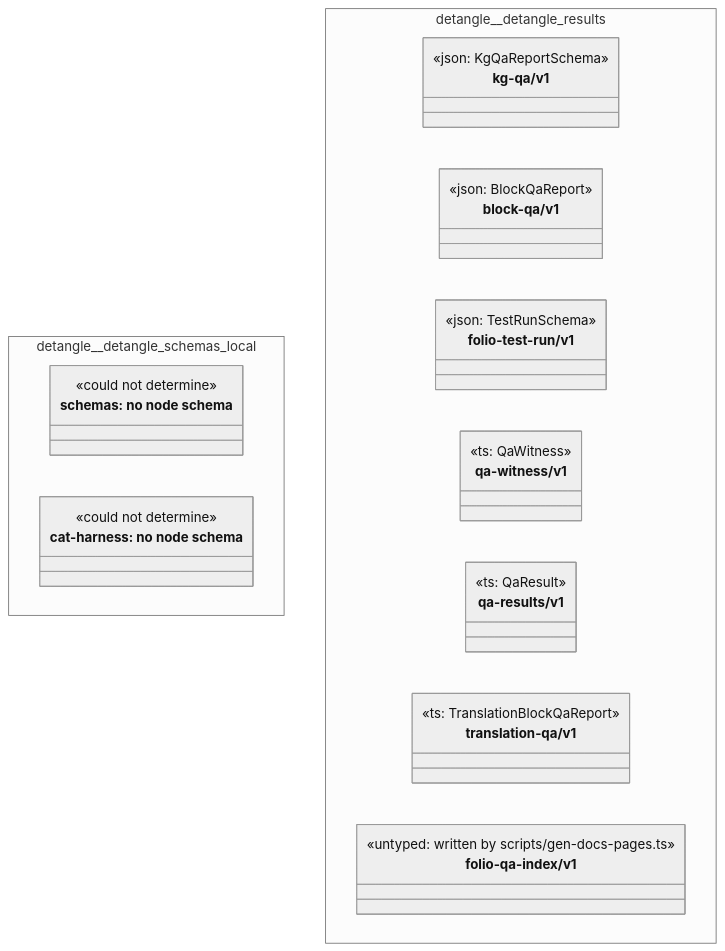
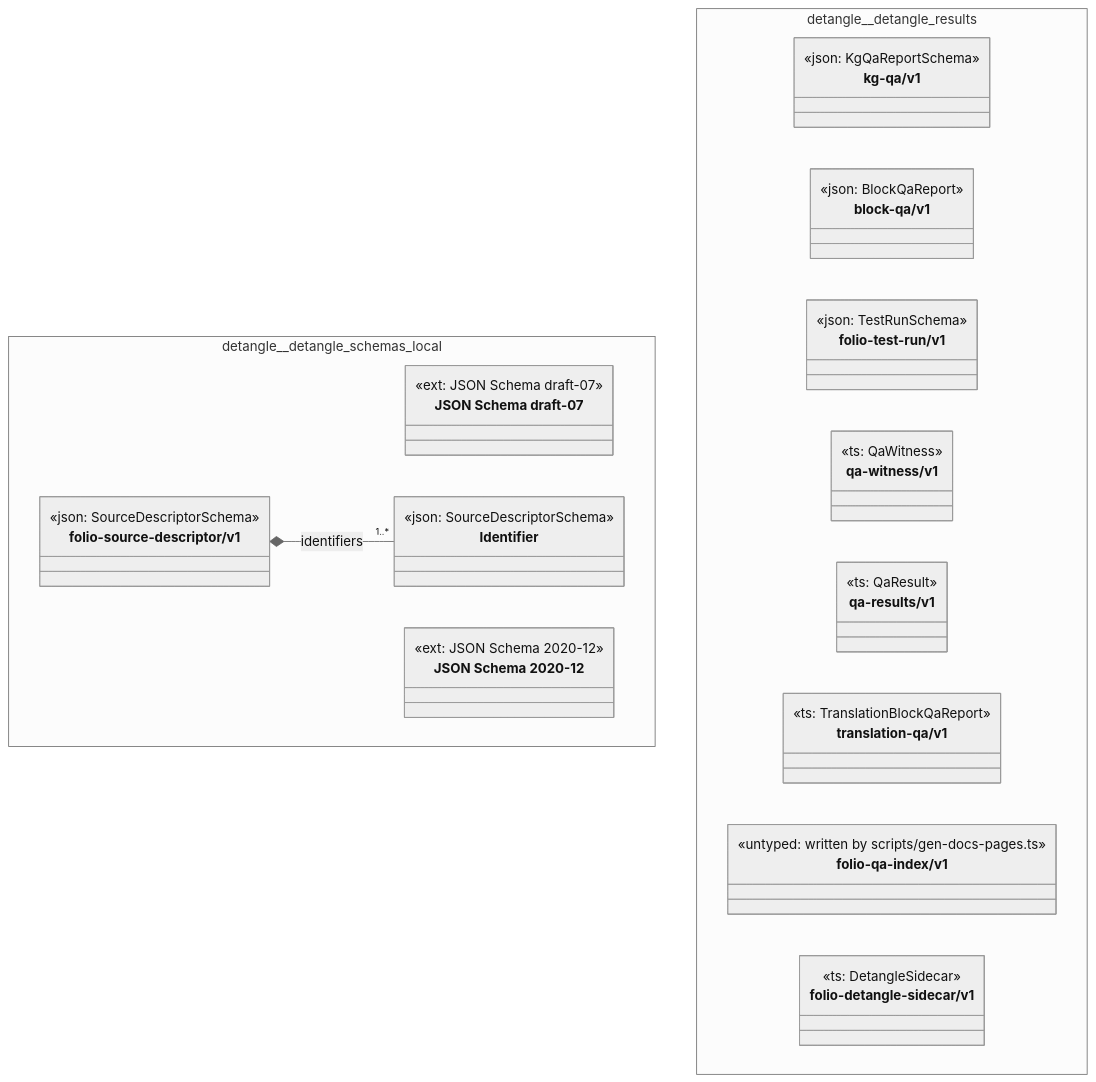
One commit to litlfred/folio-assistant changed the diagram in cat-harness/docs/uml/overview/detangle.md. Above: the diagram before and after it, drawn with Mermaid (neutral theme). The commit also changed other lines of this file and 220 other files, not shown here.

First line of the commit message:
quda: register node schemas for the graph kinds that had none

````diff
--- a/cat-harness/docs/uml/overview/detangle.md
+++ b/cat-harness/docs/uml/overview/detangle.md
@@ -12,46 +12,57 @@
 ```mermaid
 classDiagram
   direction TB
   namespace detangle__detangle_schemas_local {
-    class n_detangle_detangle_schemas_local_schemas["schemas: no node schema"] {
-      <<could not determine>>
+    class detangle_detangle_schemas_local_http___json_schema_org_draft_07_schema_["JSON Schema draft-07"] {
+      <<ext: JSON Schema draft-07>>
     }
-    class n_detangle_detangle_schemas_local_cat_harness["cat-harness: no node schema"] {
-      <<could not determine>>
+    class detangle_detangle_schemas_local_https___json_schema_org_draft_2020_12_schema["JSON Schema 2020-12"] {
+      <<ext: JSON Schema 2020-12>>
+    }
+    class detangle_detangle_schemas_local_folio_source_descriptor_v1_Identifier["Identifier"] {
+      <<json: SourceDescriptorSchema>>
+    }
+    class detangle_detangle_schemas_local_folio_source_descriptor_v1_folio_source_descriptor_v1["folio-source-descriptor/v1"] {
+      <<json: SourceDescriptorSchema>>
     }
   }
   namespace detangle__detangle_results {
     class detangle_detangle_results_kg_qa_v1_kg_qa_v1["kg-qa/v1"] {
       <<json: KgQaReportSchema>>
     }
     class detangle_detangle_results_block_qa_v1_block_qa_v1["block-qa/v1"] {
       <<json: BlockQaReport>>
     }
     class detangle_detangle_results_folio_test_run_v1_folio_test_run_v1["folio-test-run/v1"] {
       <<json: TestRunSchema>>
     }
     class detangle_detangle_results_qa_witness_v1["qa-witness/v1"] {
       <<ts: QaWitness>>
     }
     class detangle_detangle_results_qa_results_v1["qa-results/v1"] {
       <<ts: QaResult>>
     }
     class detangle_detangle_results_translation_qa_v1["translation-qa/v1"] {
       <<ts: TranslationBlockQaReport>>
     }
     class detangle_detangle_results_folio_qa_index_v1["folio-qa-index/v1"] {
       <<untyped: written by scripts/gen-docs-pages.ts>>
     }
+    class detangle_detangle_results_folio_detangle_sidecar_v1["folio-detangle-sidecar/v1"] {
+      <<ts: DetangleSidecar>>
+    }
   }
-  cssClass "n_detangle_detangle_schemas_local_schemas" fa_uml_kind_schemas
-  cssClass "n_detangle_detangle_schemas_local_schemas" fa_uml_undetermined
-  cssClass "n_detangle_detangle_schemas_local_cat_harness" fa_uml_kind_cat_harness
-  cssClass "n_detangle_detangle_schemas_local_cat_harness" fa_uml_undetermined
+  detangle_detangle_schemas_local_folio_source_descriptor_v1_folio_source_descriptor_v1 *-- "1..*" detangle_detangle_schemas_local_folio_source_descriptor_v1_Identifier : identifiers
+  cssClass "detangle_detangle_schemas_local_http___json_schema_org_draft_07_schema_" fa_uml_kind_schemas
+  cssClass "detangle_detangle_schemas_local_https___json_schema_org_draft_2020_12_schema" fa_uml_kind_schemas
+  cssClass "detangle_detangle_schemas_local_folio_source_descriptor_v1_Identifier" fa_uml_kind_schemas
+  cssClass "detangle_detangle_schemas_local_folio_source_descriptor_v1_folio_source_descriptor_v1" fa_uml_kind_schemas
   cssClass "detangle_detangle_results_kg_qa_v1_kg_qa_v1" fa_uml_kind_qa
   cssClass "detangle_detangle_results_block_qa_v1_block_qa_v1" fa_uml_kind_qa
   cssClass "detangle_detangle_results_folio_test_run_v1_folio_test_run_v1" fa_uml_kind_qa
   cssClass "detangle_detangle_results_qa_witness_v1" fa_uml_kind_qa
   cssClass "detangle_detangle_results_qa_results_v1" fa_uml_kind_qa
   cssClass "detangle_detangle_results_translation_qa_v1" fa_uml_kind_qa
   cssClass "detangle_detangle_results_folio_qa_index_v1" fa_uml_kind_qa
+  cssClass "detangle_detangle_results_folio_detangle_sidecar_v1" fa_uml_kind_qa
 ```
````
